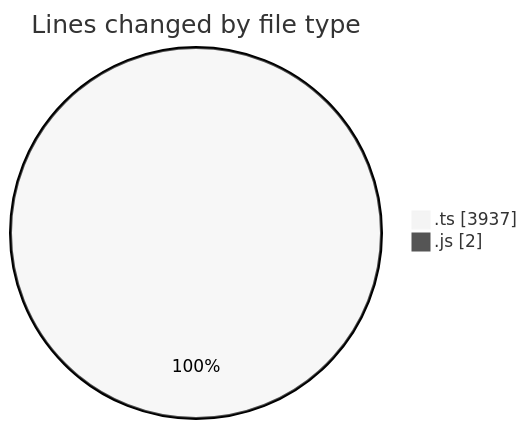
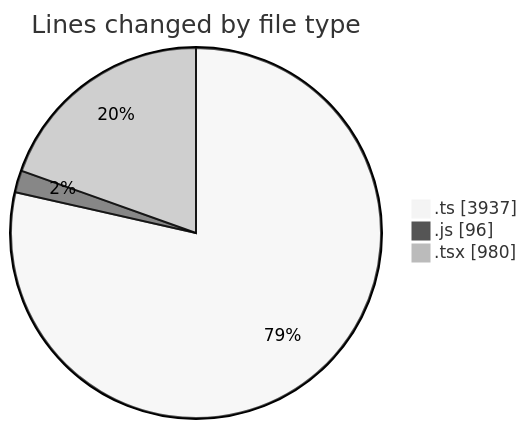
One commit to momahboobian/code-tracking changed the first of 2 diagrams in 2026-09-14/cda/README.md. Above: the diagram before and after it, drawn with Mermaid (neutral theme). The commit also changed other lines of this file and 1 other file, not shown here.

````diff
--- a/2026-09-14/cda/README.md
+++ b/2026-09-14/cda/README.md
@@ -31,6 +36,7 @@
 ```mermaid
 pie showData
 title Lines changed by file type
 ".ts" : 3937
-".js" : 2
+".js" : 96
+".tsx" : 980
 ```
````
